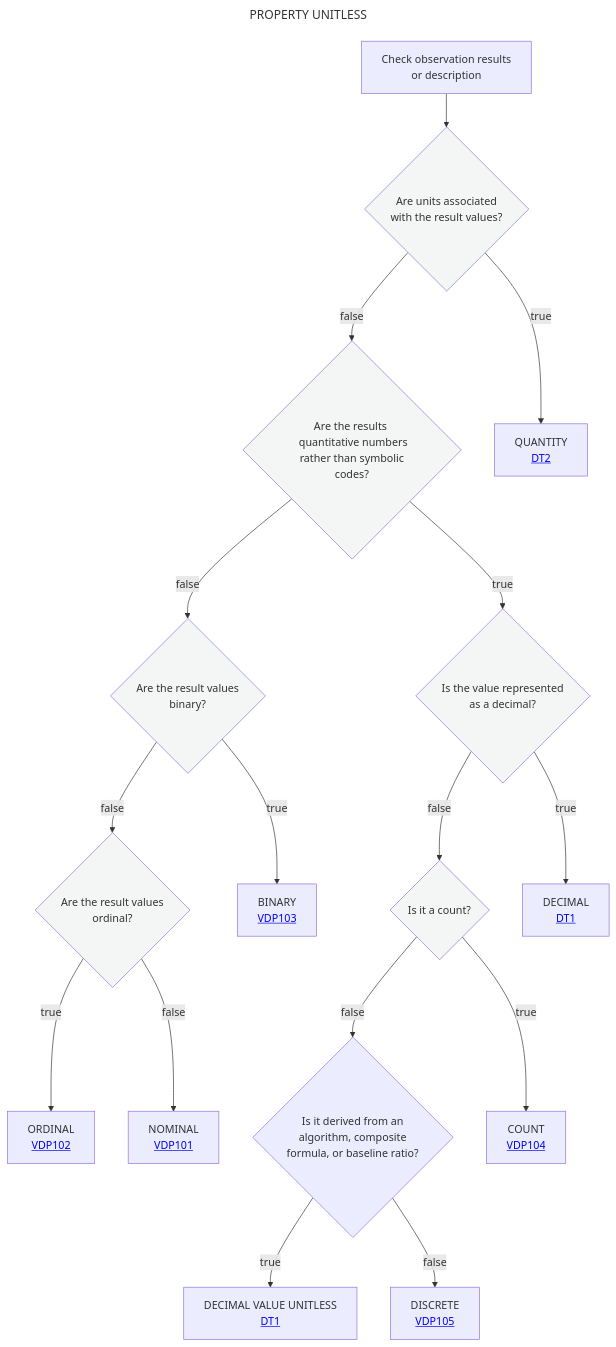
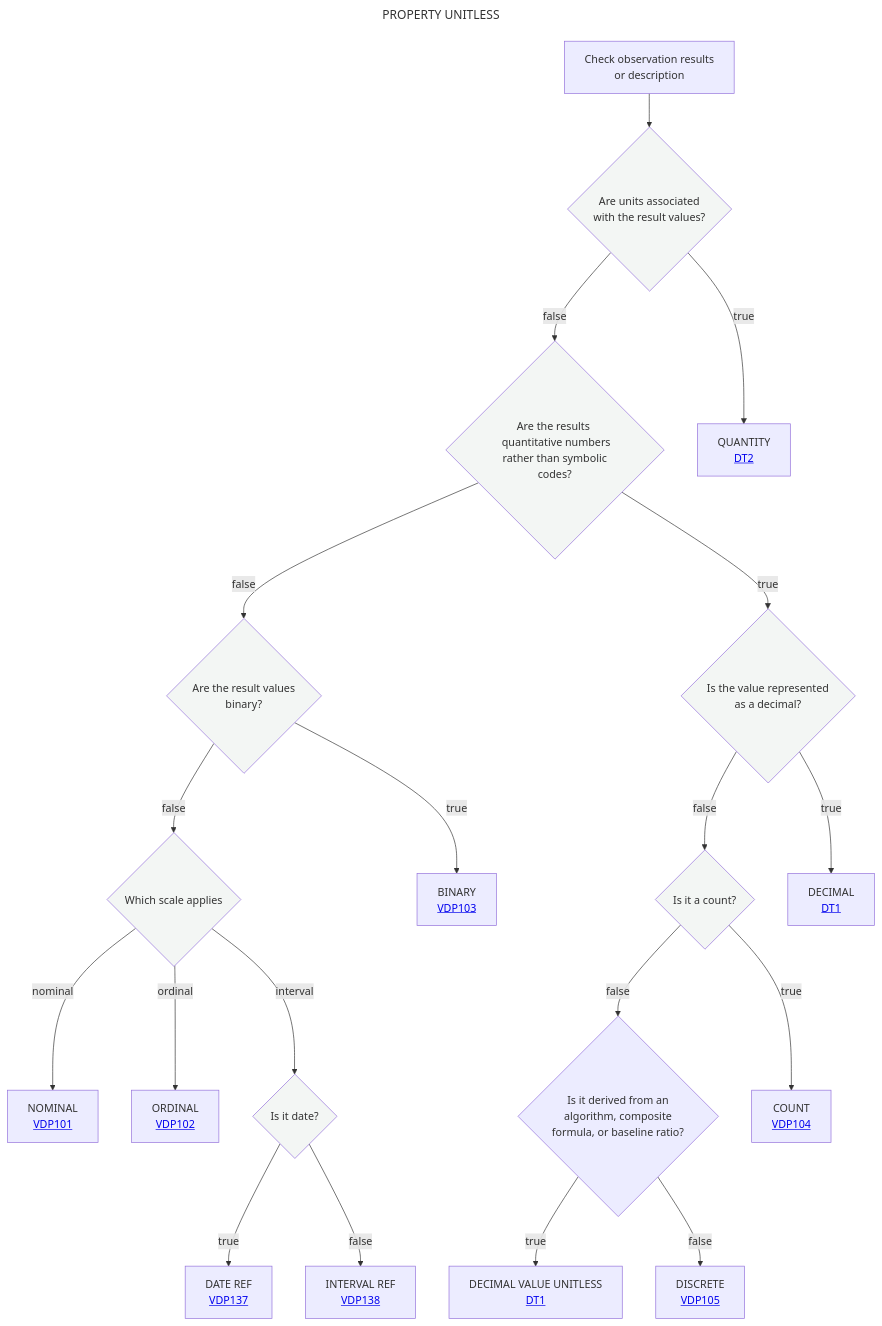
The diagram in Decisition_trees/DT0.mmd (mabablue/I-ADOPT-patterns-playground), drawn with Mermaid before and after one commit.

Commit message:
Refactor decision tree structure and labels

```diff
--- a/Decisition_trees/DT0.mmd
+++ b/Decisition_trees/DT0.mmd
@@ -1,23 +1,26 @@
 ---
 title: PROPERTY UNITLESS
 ---
 flowchart TD
     A[Check observation results <br> or description] --> B{Are units associated <br> with the result values?}:::white
     B --> |false|C{Are the results <br> quantitative numbers<br> rather than symbolic codes?}:::white
     B --> |true|D[QUANTITY <br> <a href='https://github.com/mabablue/I-ADOPT-patterns-playground/blob/main/Decisition_trees/DT2.mmd'>DT2</a><br>] 
     C --> |false|E{Are the result values <br> binary?}:::white
     C --> |true|G{Is the value represented <br> as a decimal?}:::white
-    E --> |false|I{Are the result values <br> ordinal?}:::white
+    E --> |false|I{Which scale applies}:::white
     G --> |false|H{Is it a count?}:::white
     H--> |false|N{Is it derived from an <br> algorithm, composite <br> formula, or baseline ratio?}
     N --> |true|O[DECIMAL VALUE UNITLESS <br> <a href='https://github.com/mabablue/I-ADOPT-patterns-playground/blob/main/Decisition_trees/DT1.mmd'>DT1</a><br>] 
     N --> |false|P[DISCRETE <br> <a href='https://github.com/mabablue/I-ADOPT-patterns-playground/blob/main/pattern/VDP105.yaml'>VDP105</a><br>] 
     H --> |true|M[COUNT <br> <a href='https://github.com/mabablue/I-ADOPT-patterns-playground/blob/main/pattern/VDP104.yaml'>VDP104</a><br>] 
-    I --> |true|J[ORDINAL <br> <a href='https://github.com/mabablue/I-ADOPT-patterns-playground/blob/main/pattern/VDP102.yaml'>VDP102</a><br>] 
-    I --> |false|K[NOMINAL <br> <a href='https://github.com/mabablue/I-ADOPT-patterns-playground/blob/main/pattern/VDP101.yaml'>VDP101</a><br>] 
+    I -- nominal --> K[NOMINAL <br> <a href='https://github.com/mabablue/I-ADOPT-patterns-playground/blob/main/pattern/VDP101.yaml'>VDP101</a><br>] 
+    I -- ordinal --> J[ORDINAL <br> <a href='https://github.com/mabablue/I-ADOPT-patterns-playground/blob/main/pattern/VDP102.yaml'>VDP102</a><br>] 
+    I -- interval --> Q{Is it date?}:::white
+    Q --> |true|R[DATE REF <br> <a href='https://github.com/mabablue/I-ADOPT-patterns-playground/blob/main/pattern/VDP137.yaml'> VDP137</a>] 
+    Q --> |false|S[INTERVAL REF <br> <a href='https://github.com/mabablue/I-ADOPT-patterns-playground/blob/main/pattern/VDP138.yaml'> VDP138</a>] 
     E --> |true|F[BINARY <br> <a href='https://github.com/mabablue/I-ADOPT-patterns-playground/blob/main/pattern/VDP103.yaml'>VDP103</a><br>] 
     G --> |true|L[DECIMAL <br> <a href='https://github.com/mabablue/I-ADOPT-patterns-playground/blob/main/Decisition_trees/DT1.mmd'>DT1</a><br>] 
    classDef blue fill:#90D5FF
    classDef satblue fill:#57B9FF 
    classDef white fill:#f3f6f4
    classDef green fill:#6aa84f
```
